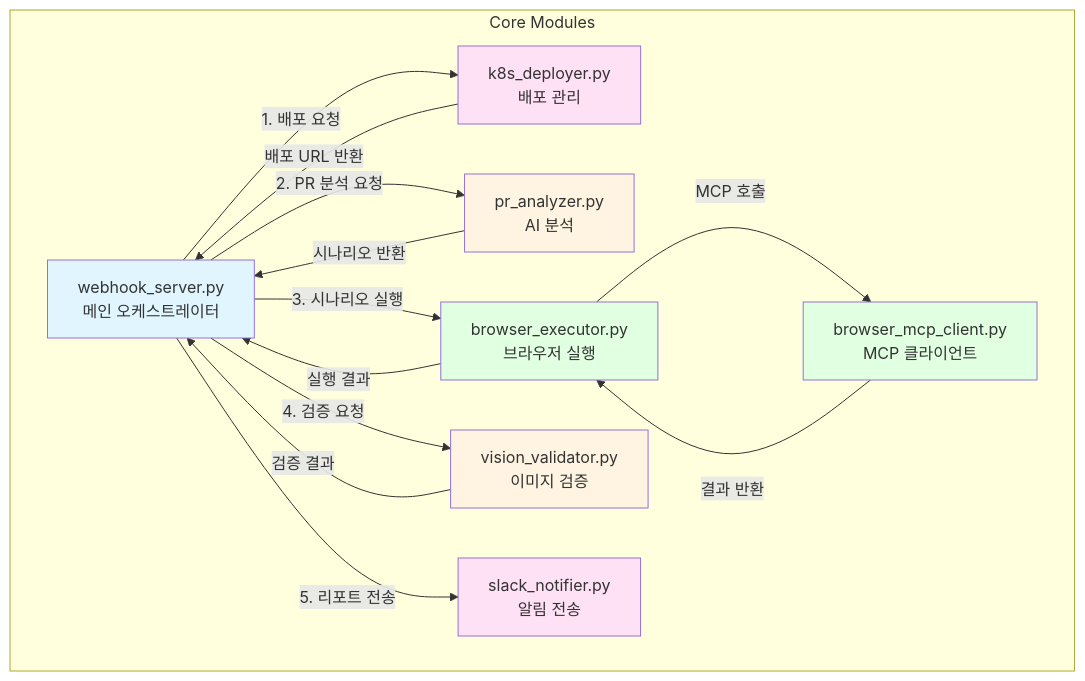
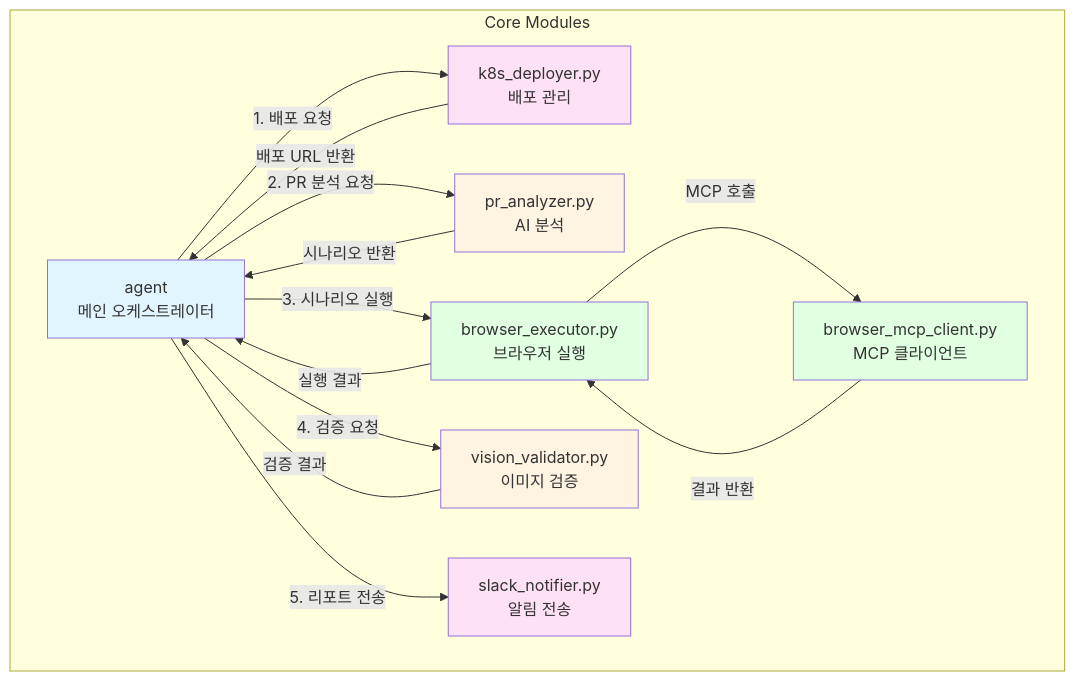
The fifth of 11 diagrams in docs/diagrams.md (oyg-dev-25q4-hackathon/nightwatch), drawn with Mermaid before and after one commit. The commit also changed other lines of this file and 44 other files, not shown here.

````diff
--- a/docs/diagrams.md
+++ b/docs/diagrams.md
@@ -232,36 +232,36 @@
 ```mermaid
 graph TB
     subgraph "Core Modules"
-        WS[webhook_server.py<br/>메인 오케스트레이터]
+        WS[agent<br/>메인 오케스트레이터]
         K8S[k8s_deployer.py<br/>배포 관리]
         PA[pr_analyzer.py<br/>AI 분석]
         BE[browser_executor.py<br/>브라우저 실행]
         BMCP[browser_mcp_client.py<br/>MCP 클라이언트]
         VV[vision_validator.py<br/>이미지 검증]
         SN[slack_notifier.py<br/>알림 전송]
     end
 
     WS -->|1. 배포 요청| K8S
     K8S -->|배포 URL 반환| WS
 
     WS -->|2. PR 분석 요청| PA
     PA -->|시나리오 반환| WS
 
     WS -->|3. 시나리오 실행| BE
     BE -->|MCP 호출| BMCP
     BMCP -->|결과 반환| BE
     BE -->|실행 결과| WS
 
     WS -->|4. 검증 요청| VV
     VV -->|검증 결과| WS
 
     WS -->|5. 리포트 전송| SN
 
     style WS fill:#e1f5ff
     style K8S fill:#ffe1f5
     style PA fill:#fff4e1
     style BE fill:#e1ffe1
     style BMCP fill:#e1ffe1
     style VV fill:#fff4e1
     style SN fill:#ffe1f5
 ```
````
